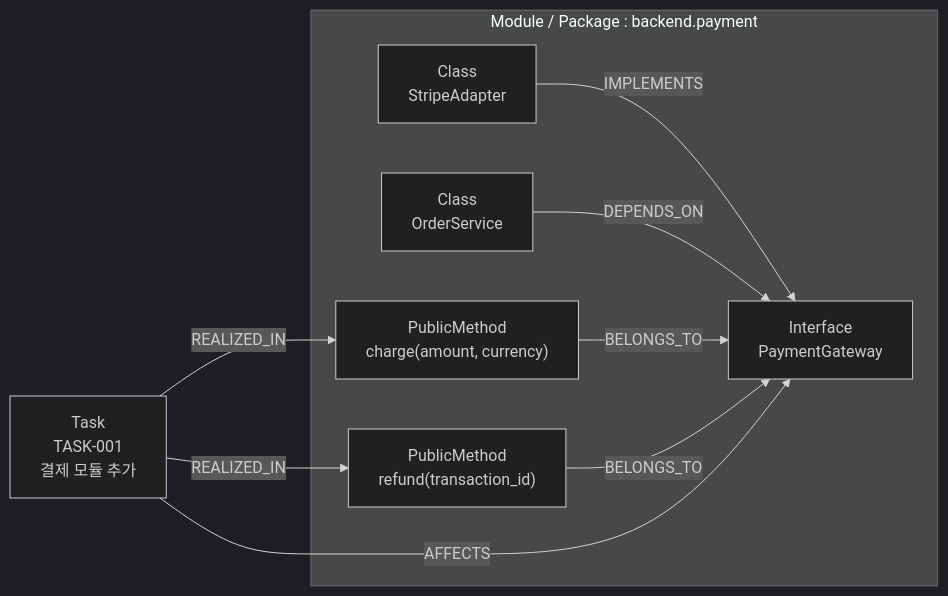
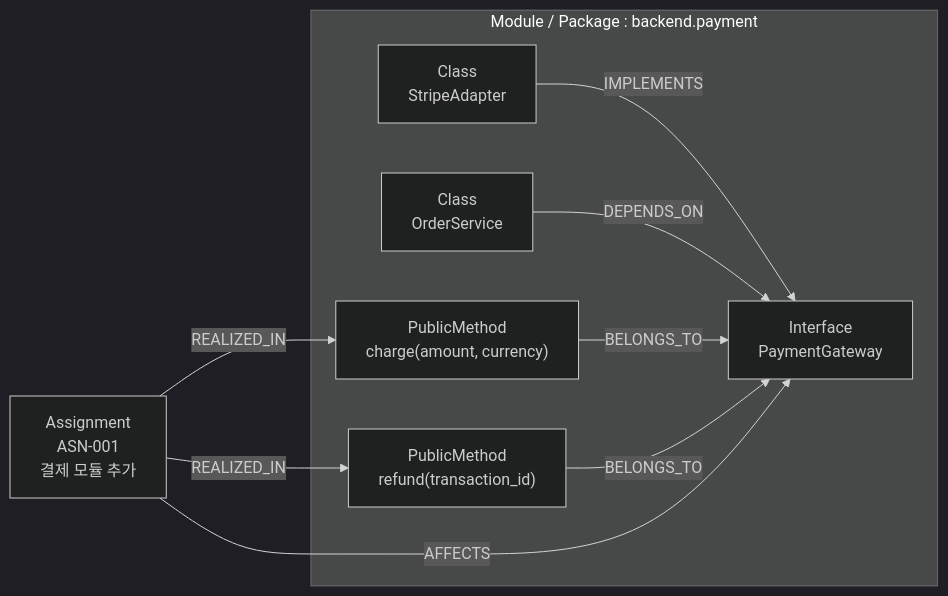
The diagram in docs/proposal/knowledge-model.md (vonkernel/dev-team), drawn with Mermaid (dark theme) before and after one commit. The commit also changed other lines of this file and 9 other files, not shown here.

First line of the commit message:
docs(m3): UG↔P/A chat tier 분리 + schema 재정의 (#75) (#76)

````diff
--- a/docs/proposal/knowledge-model.md
+++ b/docs/proposal/knowledge-model.md
@@ -38,21 +40,21 @@
 ```mermaid
 graph LR
-    Task["Task<br/>TASK-001<br/>결제 모듈 추가"]
+    Asn["Assignment<br/>ASN-001<br/>결제 모듈 추가"]
 
     subgraph Module["Module / Package : backend.payment"]
         PG["Interface<br/>PaymentGateway"]
         Stripe["Class<br/>StripeAdapter"]
         Order["Class<br/>OrderService"]
         Charge["PublicMethod<br/>charge(amount, currency)"]
         Refund["PublicMethod<br/>refund(transaction_id)"]
     end
 
     Stripe -->|IMPLEMENTS| PG
     Order -->|DEPENDS_ON| PG
     Charge -->|BELONGS_TO| PG
     Refund -->|BELONGS_TO| PG
 
-    Task -->|AFFECTS| PG
-    Task -->|REALIZED_IN| Charge
-    Task -->|REALIZED_IN| Refund
+    Asn -->|AFFECTS| PG
+    Asn -->|REALIZED_IN| Charge
+    Asn -->|REALIZED_IN| Refund
 ```
````
